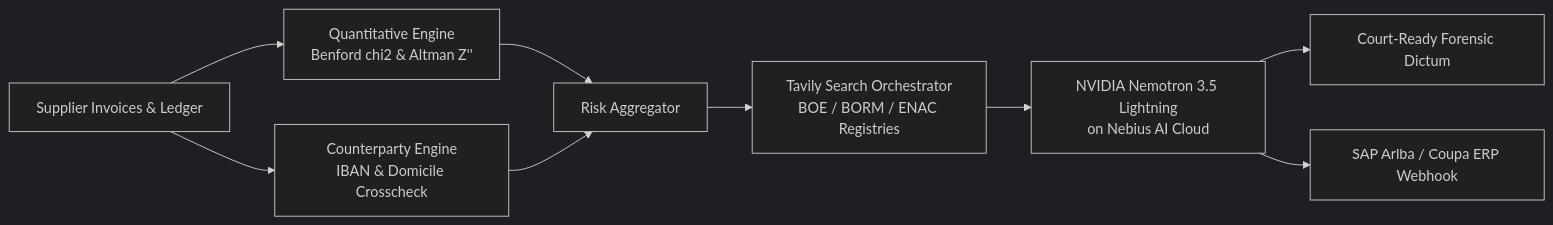
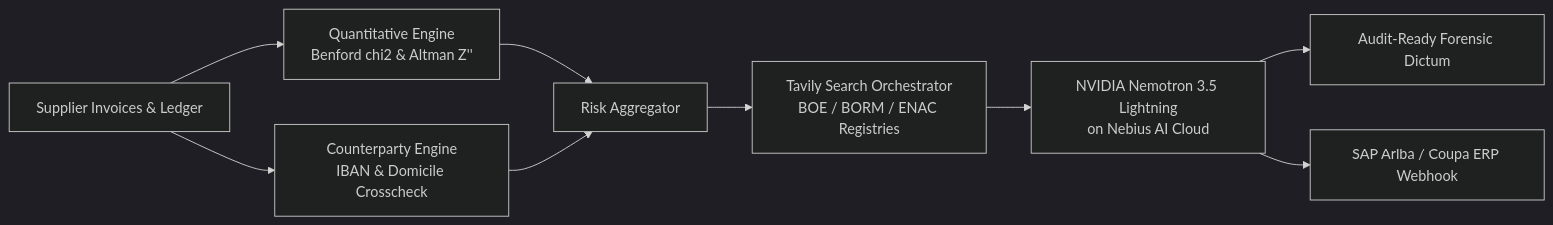
The diagram in DEVPOST_SUBMISSION.md (jordialbarracin/deepaudit-agent), drawn with Mermaid (dark theme) before and after one commit. The commit also changed other lines of this file and 1 other file, not shown here.

Commit message:
Refine forensic wording to audit-ready and enrich benchmark references

````diff
--- a/DEVPOST_SUBMISSION.md
+++ b/DEVPOST_SUBMISSION.md
@@ -63,11 +63,11 @@
 ```mermaid
 flowchart LR
   A[Supplier Invoices & Ledger] --> B[Quantitative Engine<br/>Benford chi2 & Altman Z'']
   A --> C[Counterparty Engine<br/>IBAN & Domicile Crosscheck]
   B --> D[Risk Aggregator]
   C --> D
   D --> E[Tavily Search Orchestrator<br/>BOE / BORM / ENAC Registries]
   E --> F[NVIDIA Nemotron 3.5 Lightning<br/>on Nebius AI Cloud]
-  F --> G[Court-Ready Forensic Dictum]
+  F --> G[Audit-Ready Forensic Dictum]
   F --> H[SAP Ariba / Coupa ERP Webhook]
 ```
````
